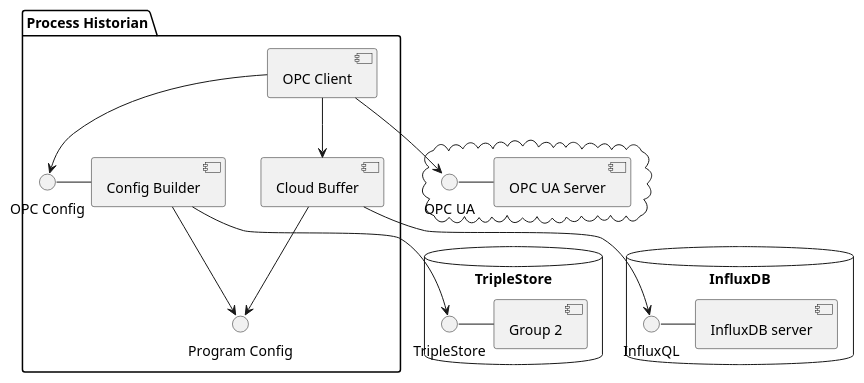
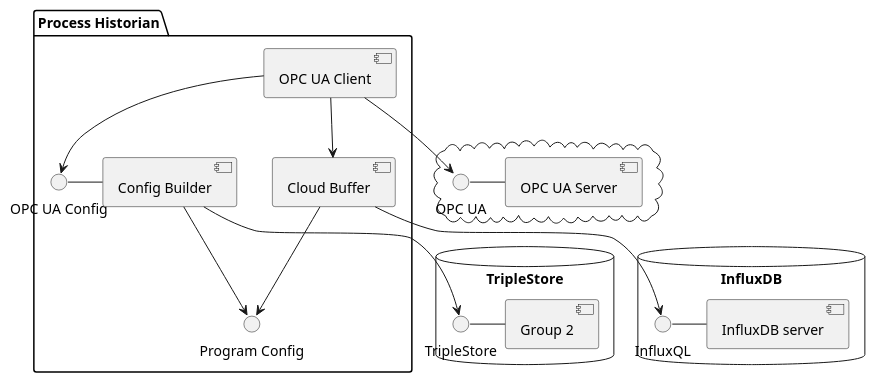
The diagram in architecture/components_diagram.pu (Praktikum-PvAS/process-historian), drawn with PlantUML before and after one commit.

Commit message:
Use 'OPC UA' consistently in components diagram

```diff
--- a/architecture/components_diagram.pu
+++ b/architecture/components_diagram.pu
@@ -1,30 +1,30 @@
 @startuml "Components Diagram"
 
 database "TripleStore" {
   () "TripleStore" as TS
   TS - [Group 2]
 }
 database "InfluxDB" {
   () "InfluxQL" as IDB
   IDB - [InfluxDB server]
 }
 
 cloud {
   () "OPC UA" as OPCUA
   OPCUA - [OPC UA Server]
 }
 
 package "Process Historian" {
-  () "OPC Config" as OPC_Config
+  () "OPC UA Config" as OPC_Config
   OPC_Config - [Config Builder]
   () "Program Config" as PC
   [Config Builder] --> TS
   [Config Builder] --> PC
-  [OPC Client] --> OPCUA
-  [OPC Client] --> OPC_Config
+  [OPC UA Client] --> OPCUA
+  [OPC UA Client] --> OPC_Config
   [Cloud Buffer] --> IDB
   [Cloud Buffer] --> PC
-  [OPC Client] --> [Cloud Buffer]
+  [OPC UA Client] --> [Cloud Buffer]
 }
 
 @enduml
```
